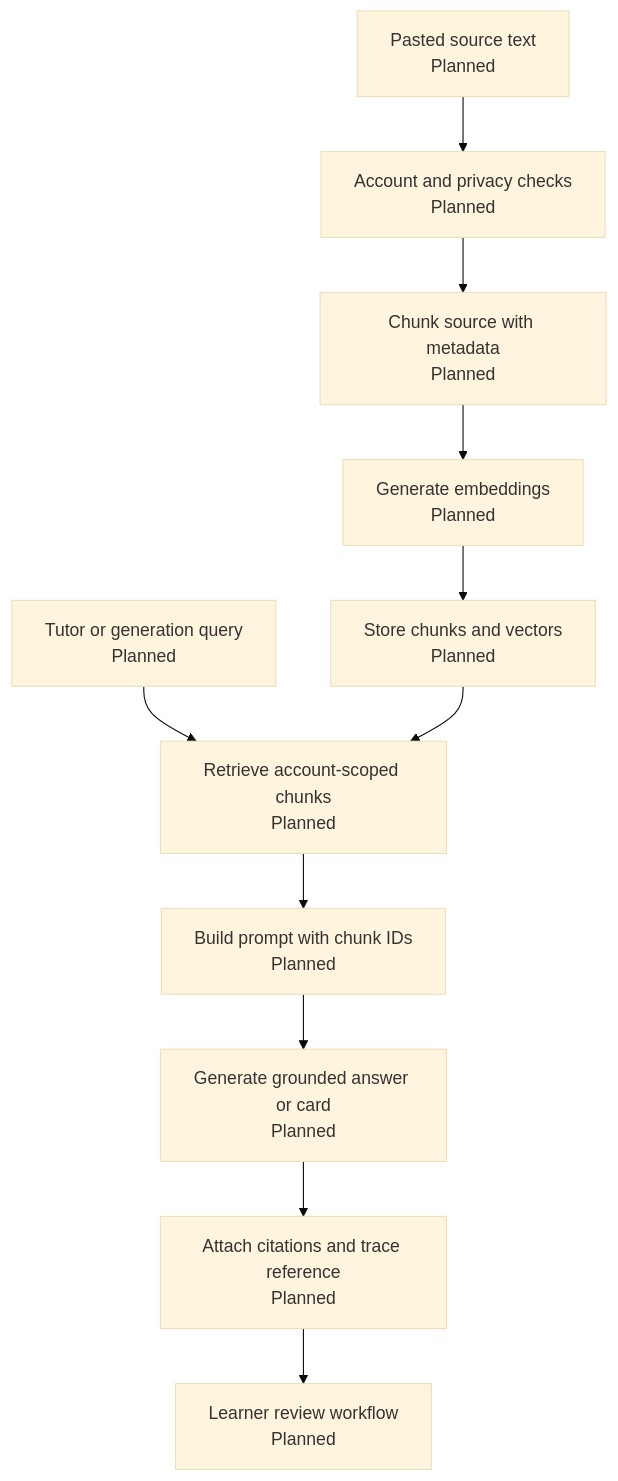
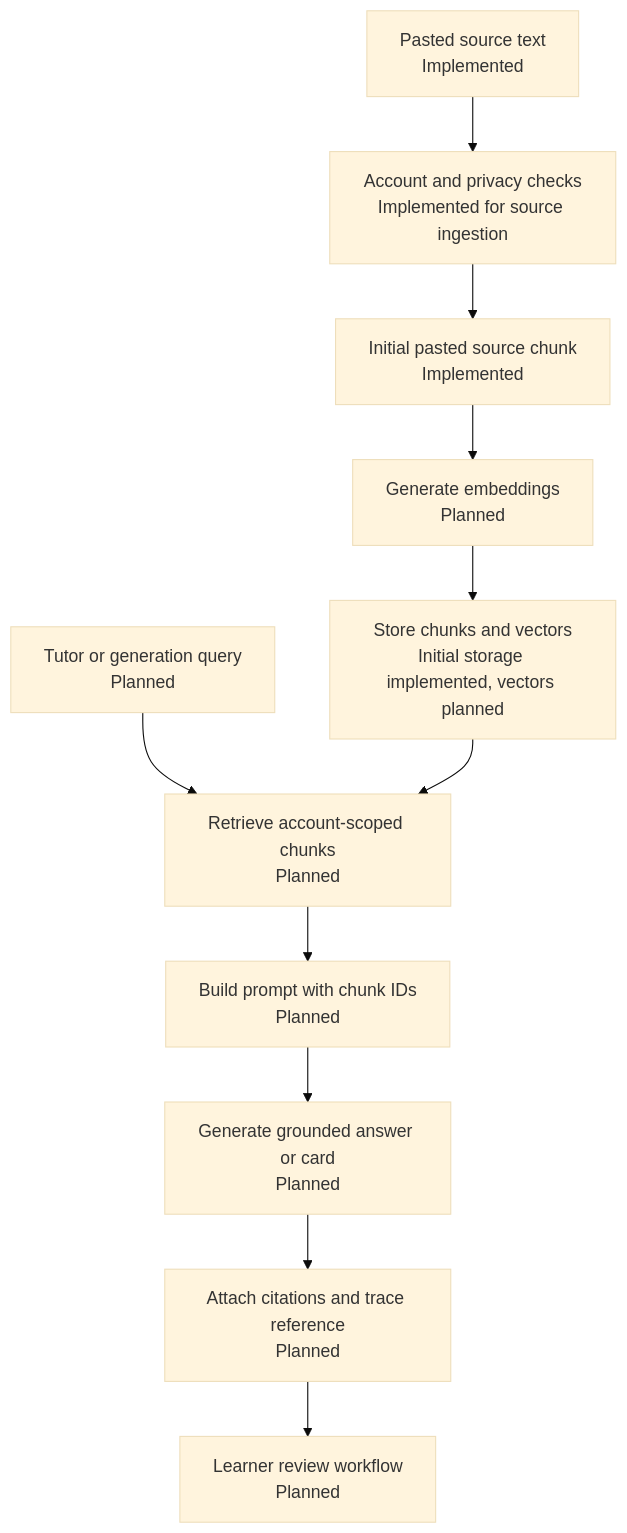
Before and after one commit to brayan/ancora: the third of 5 diagrams in docs/architecture/diagrams.md, drawn with Mermaid (base theme). The commit also changed other lines of this file and 21 other files, not shown here.

First line of the commit message:
feat(web): Add source ingestion workspace

````diff
--- a/docs/architecture/diagrams.md
+++ b/docs/architecture/diagrams.md
@@ -68,25 +68,25 @@
 ```mermaid
 flowchart TD
-  Source["Pasted source text<br/>Planned"]
-  Guard["Account and privacy checks<br/>Planned"]
-  Chunk["Chunk source with metadata<br/>Planned"]
+  Source["Pasted source text<br/>Implemented"]
+  Guard["Account and privacy checks<br/>Implemented for source ingestion"]
+  Chunk["Initial pasted source chunk<br/>Implemented"]
   Embed["Generate embeddings<br/>Planned"]
-  Store["Store chunks and vectors<br/>Planned"]
+  Store["Store chunks and vectors<br/>Initial storage implemented, vectors planned"]
   Query["Tutor or generation query<br/>Planned"]
   Retrieve["Retrieve account-scoped chunks<br/>Planned"]
   BuildPrompt["Build prompt with chunk IDs<br/>Planned"]
   Generate["Generate grounded answer or card<br/>Planned"]
   Cite["Attach citations and trace reference<br/>Planned"]
   Review["Learner review workflow<br/>Planned"]
 
   Source --> Guard
   Guard --> Chunk
   Chunk --> Embed
   Embed --> Store
   Query --> Retrieve
   Store --> Retrieve
   Retrieve --> BuildPrompt
   BuildPrompt --> Generate
   Generate --> Cite
   Cite --> Review
 ```
````
